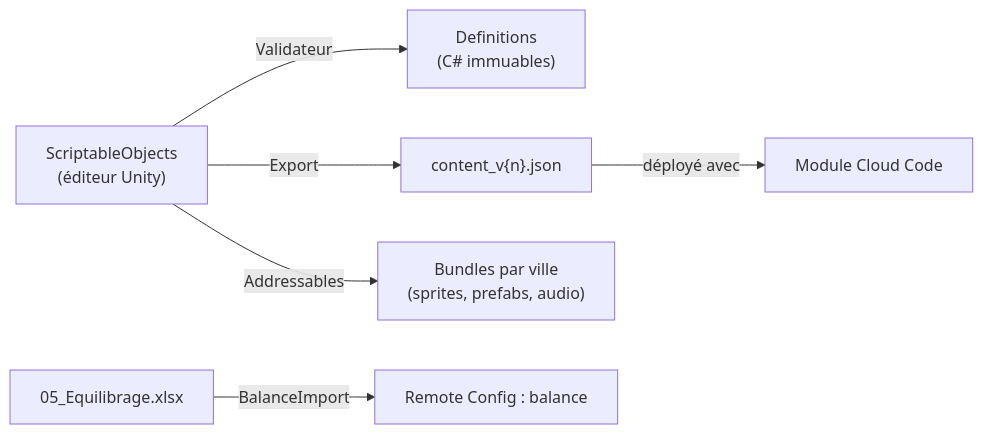
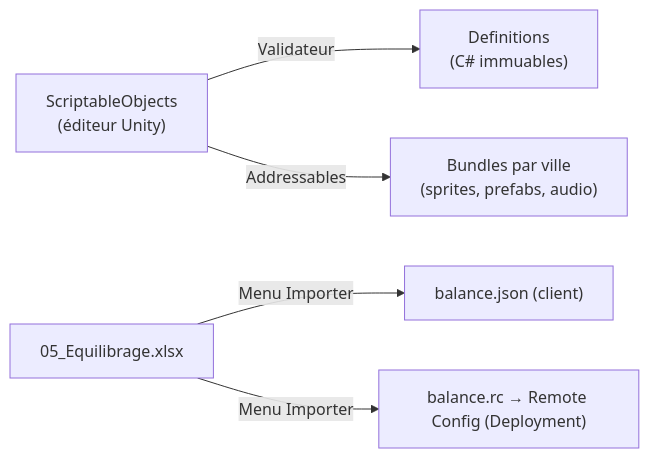
One commit to studio-n29/heroes-dawn changed the diagram in 04_Tech_Unity/06_Backend_Donnees.md. Above: the diagram before and after it, drawn with Mermaid. The commit also changed other lines of this file and 17 other files, not shown here.

````diff
--- a/04_Tech_Unity/06_Backend_Donnees.md
+++ b/04_Tech_Unity/06_Backend_Donnees.md
@@ -78,8 +78,7 @@
 ```mermaid
 flowchart LR
   SO["ScriptableObjects<br/>(éditeur Unity)"] -->|Validateur| DEF["Definitions<br/>(C# immuables)"]
-  SO -->|Export| JSON["content_v{n}.json"]
-  JSON -->|déployé avec| CCM["Module Cloud Code"]
   SO -->|Addressables| BUN["Bundles par ville<br/>(sprites, prefabs, audio)"]
-  XLSX["05_Equilibrage.xlsx"] -->|BalanceImport| RC["Remote Config : balance"]
+  XLSX["05_Equilibrage.xlsx"] -->|Menu Importer| BJ["balance.json (client)"]
+  XLSX -->|Menu Importer| RC["balance.rc → Remote Config (Deployment)"]
 ```
````
